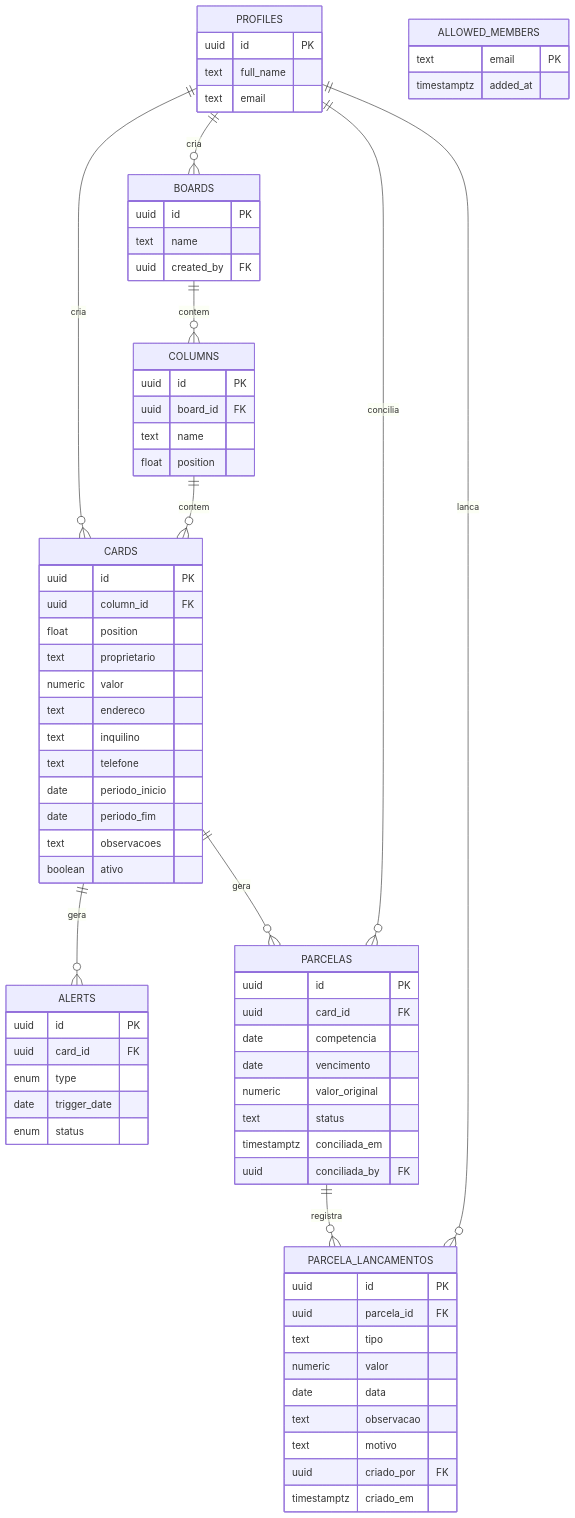
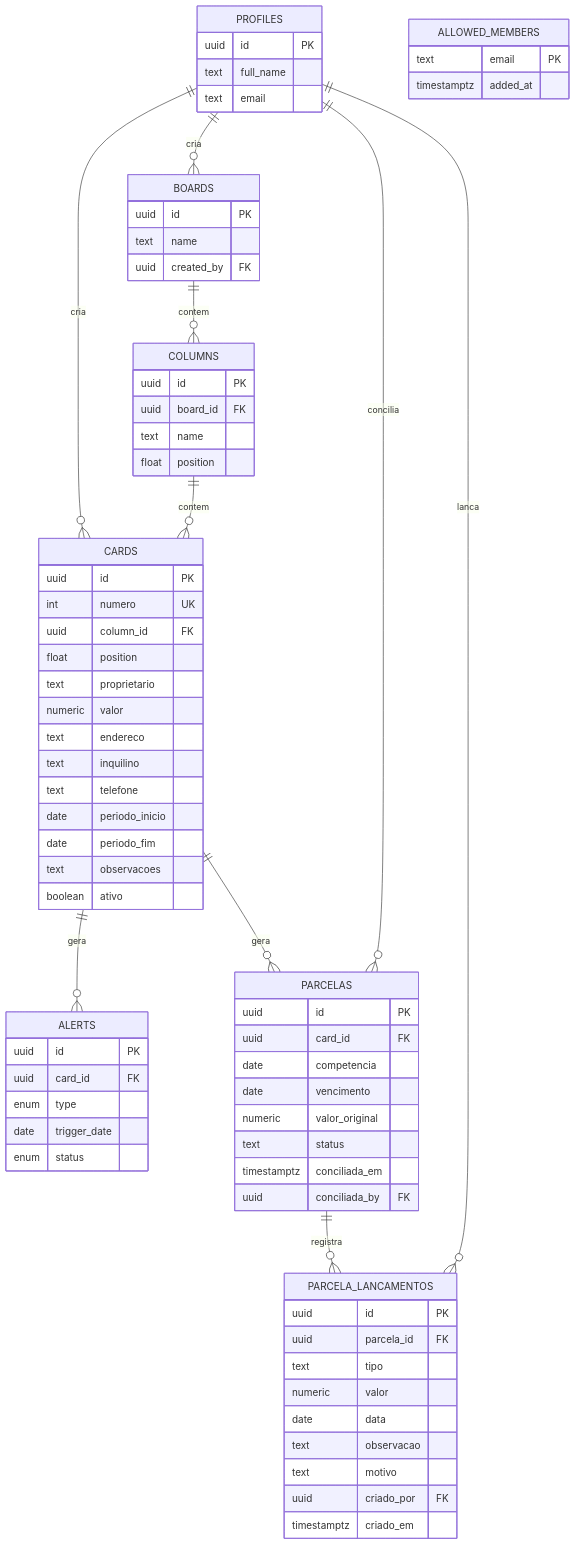
The diagram in docs/data-model.md (Vict0Rocha/kanban_gestao_aluguel), drawn with Mermaid before and after one commit. The commit also changed other lines of this file, not shown here.

First line of the commit message:
docs(06.1-03): documentar cards.numero em docs/data-model.md

````diff
--- a/docs/data-model.md
+++ b/docs/data-model.md
@@ -5,75 +5,76 @@
 ```mermaid
 erDiagram
     PROFILES ||--o{ BOARDS : cria
     PROFILES ||--o{ CARDS : cria
     BOARDS ||--o{ COLUMNS : contem
     COLUMNS ||--o{ CARDS : contem
     CARDS ||--o{ ALERTS : gera
     CARDS ||--o{ PARCELAS : gera
     PARCELAS ||--o{ PARCELA_LANCAMENTOS : registra
     PROFILES ||--o{ PARCELAS : concilia
     PROFILES ||--o{ PARCELA_LANCAMENTOS : lanca
 
     PROFILES {
         uuid id PK
         text full_name
         text email
     }
     BOARDS {
         uuid id PK
         text name
         uuid created_by FK
     }
     COLUMNS {
         uuid id PK
         uuid board_id FK
         text name
         float position
     }
     CARDS {
         uuid id PK
+        int numero UK
         uuid column_id FK
         float position
         text proprietario
         numeric valor
         text endereco
         text inquilino
         text telefone
         date periodo_inicio
         date periodo_fim
         text observacoes
         boolean ativo
     }
     ALERTS {
         uuid id PK
         uuid card_id FK
         enum type
         date trigger_date
         enum status
     }
     PARCELAS {
         uuid id PK
         uuid card_id FK
         date competencia
         date vencimento
         numeric valor_original
         text status
         timestamptz conciliada_em
         uuid conciliada_by FK
     }
     PARCELA_LANCAMENTOS {
         uuid id PK
         uuid parcela_id FK
         text tipo
         numeric valor
         date data
         text observacao
         text motivo
         uuid criado_por FK
         timestamptz criado_em
     }
     ALLOWED_MEMBERS {
         text email PK
         timestamptz added_at
     }
 ```
````
